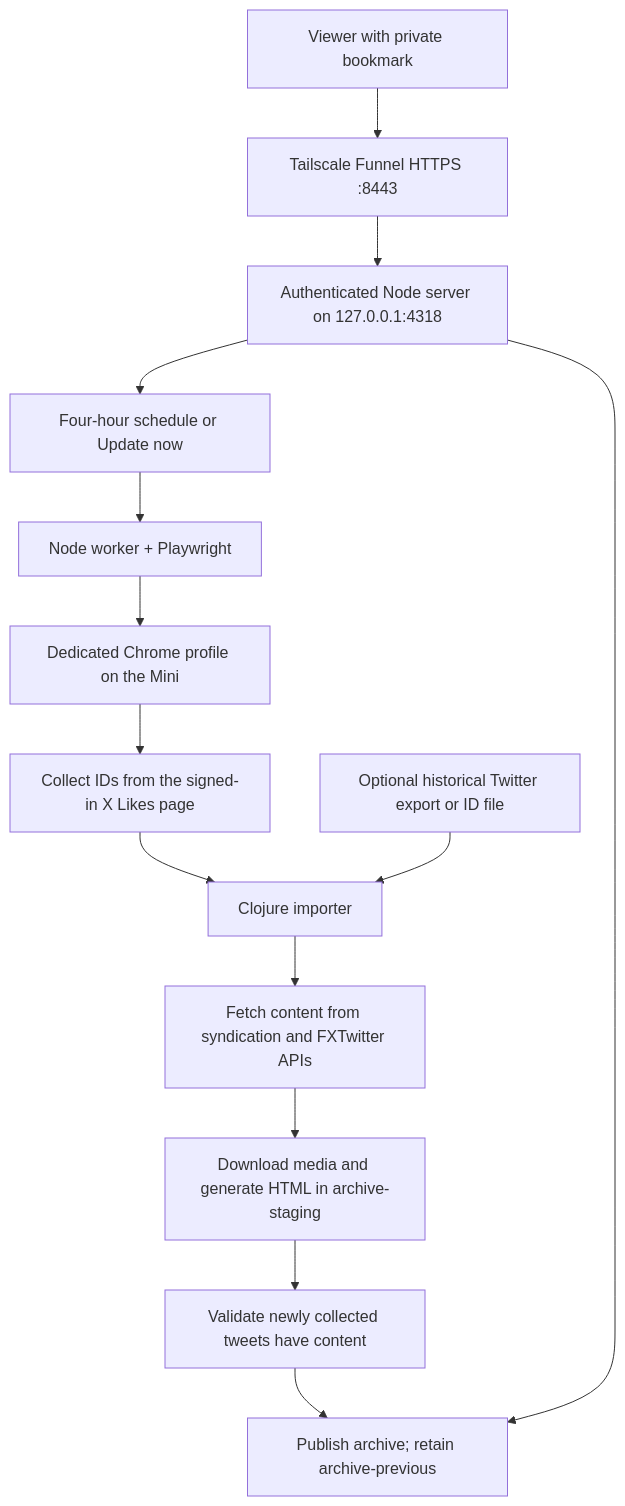
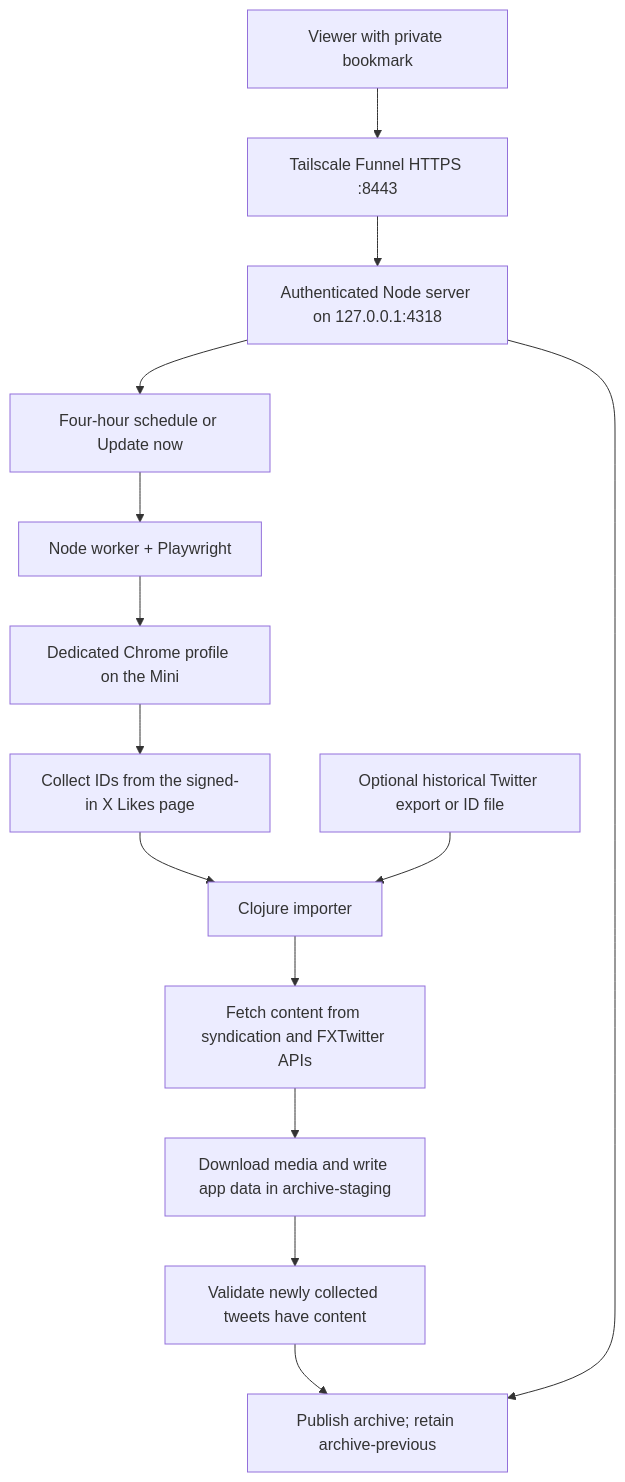
One commit to erikseppanen/twitter-scraper changed the diagram in README.md. Above: the diagram before and after it, drawn with Mermaid. The commit also changed other lines of this file and 29 other files, not shown here.

First line of the commit message:
Retire the static HTML archive; read articles in the app; cache archive data

````diff
--- a/README.md
+++ b/README.md
@@ -84,16 +85,16 @@
 ```mermaid
 flowchart TD
     Schedule[Four-hour schedule or Update now] --> Worker[Node worker + Playwright]
     Worker --> Chrome[Dedicated Chrome profile on the Mini]
     Chrome --> Likes[Collect IDs from the signed-in X Likes page]
     Likes --> Importer[Clojure importer]
     Export[Optional historical Twitter export or ID file] --> Importer
     Importer --> Fetch[Fetch content from syndication and FXTwitter APIs]
-    Fetch --> Stage[Download media and generate HTML in archive-staging]
+    Fetch --> Stage[Download media and write app data in archive-staging]
     Stage --> Validate[Validate newly collected tweets have content]
     Validate --> Archive[Publish archive; retain archive-previous]
     Browser[Viewer with private bookmark] --> Funnel[Tailscale Funnel HTTPS :8443]
     Funnel --> Server[Authenticated Node server on 127.0.0.1:4318]
     Server --> Archive
     Server --> Schedule
 ```
````
